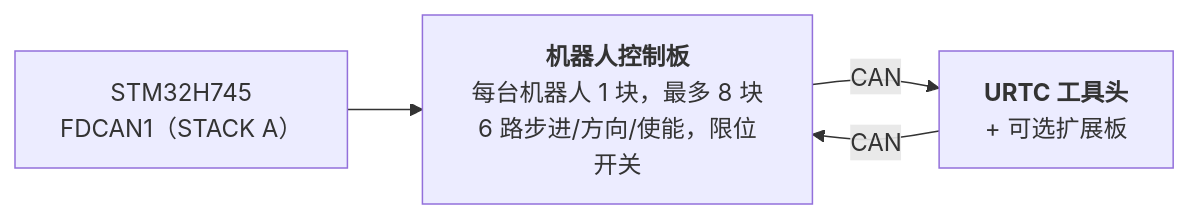
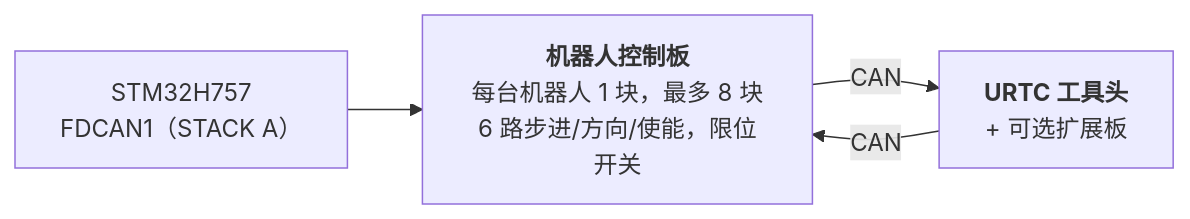
One commit to JuanenRac/HYDRA-UMC changed the second of 2 diagrams in docs/HARDWARE_SPECIFICATION_zho.md. Above: the diagram before and after it, drawn with Mermaid. The commit also changed other lines of this file and 41 other files, not shown here.

````diff
--- a/docs/HARDWARE_SPECIFICATION_zho.md
+++ b/docs/HARDWARE_SPECIFICATION_zho.md
@@ -139,6 +139,6 @@
 ```mermaid
 flowchart LR
-    MCU["STM32H745<br/>FDCAN1（STACK A）"] --> RCB["<b>机器人控制板</b><br/>每台机器人 1 块，最多 8 块<br/>6 路步进/方向/使能，限位开关"]
+    MCU["STM32H757<br/>FDCAN1（STACK A）"] --> RCB["<b>机器人控制板</b><br/>每台机器人 1 块，最多 8 块<br/>6 路步进/方向/使能，限位开关"]
     RCB -- CAN --> URTC["<b>URTC 工具头</b><br/>+ 可选扩展板"]
     URTC -- CAN --> RCB
 ```
````
